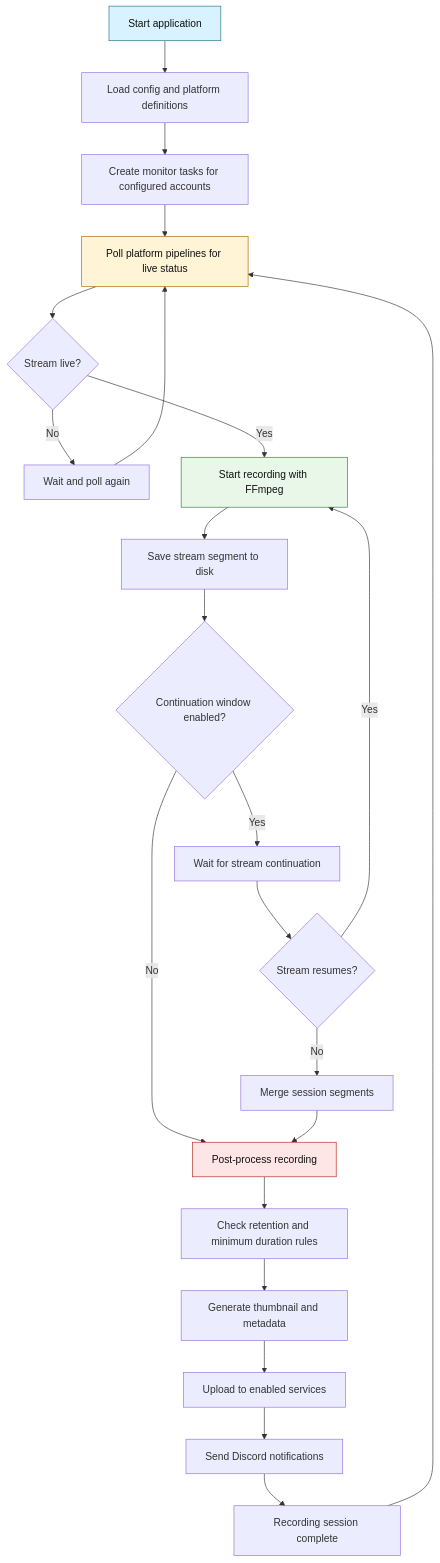
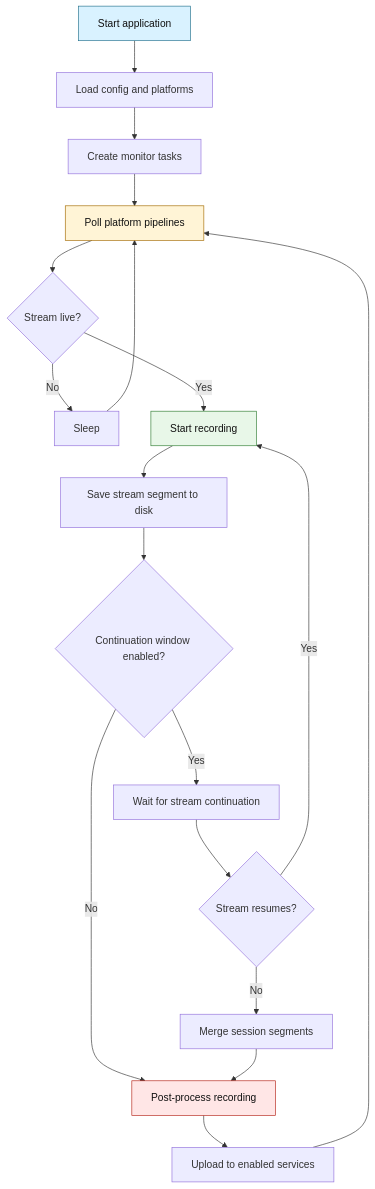
The diagram in README.md (sn0w12/stream-recorder-rs), drawn with Mermaid before and after one commit.

Commit message:
Simplify flowchart

````diff
--- a/README.md
+++ b/README.md
@@ -88,33 +88,29 @@
 ```mermaid
 flowchart TD
-    A[Start application] --> B[Load config and platform definitions]
-    B --> C[Create monitor tasks for configured accounts]
-    C --> D[Poll platform pipelines for live status]
+    A[Start application] --> B[Load config and platforms]
+    B --> C[Create monitor tasks]
+    C --> D[Poll platform pipelines]
 
     D --> E{Stream live?}
-    E -->|No| F[Wait and poll again]
+    E -->|No| F[Sleep]
     F --> D
 
-    E -->|Yes| G[Start recording with FFmpeg]
+    E -->|Yes| G[Start recording]
     G --> H[Save stream segment to disk]
     H --> I{Continuation window enabled?}
 
     I -->|No| J[Post-process recording]
     I -->|Yes| K[Wait for stream continuation]
     K --> L{Stream resumes?}
     L -->|Yes| G
     L -->|No| M[Merge session segments]
     M --> J
 
-    J --> N[Check retention and minimum duration rules]
-    N --> O[Generate thumbnail and metadata]
-    O --> Q[Upload to enabled services]
-    Q --> R[Send Discord notifications]
-    R --> S[Recording session complete]
-    S --> D
+    J --> N[Upload to enabled services]
+    N --> D
 
     style A fill:#d9f2ff,stroke:#1f6f8b,color:#111
     style D fill:#fff4d6,stroke:#a36a00,color:#111
     style G fill:#e8f7e8,stroke:#2f7d32,color:#111
     style J fill:#ffe6e6,stroke:#b42318,color:#111
 ```
````
